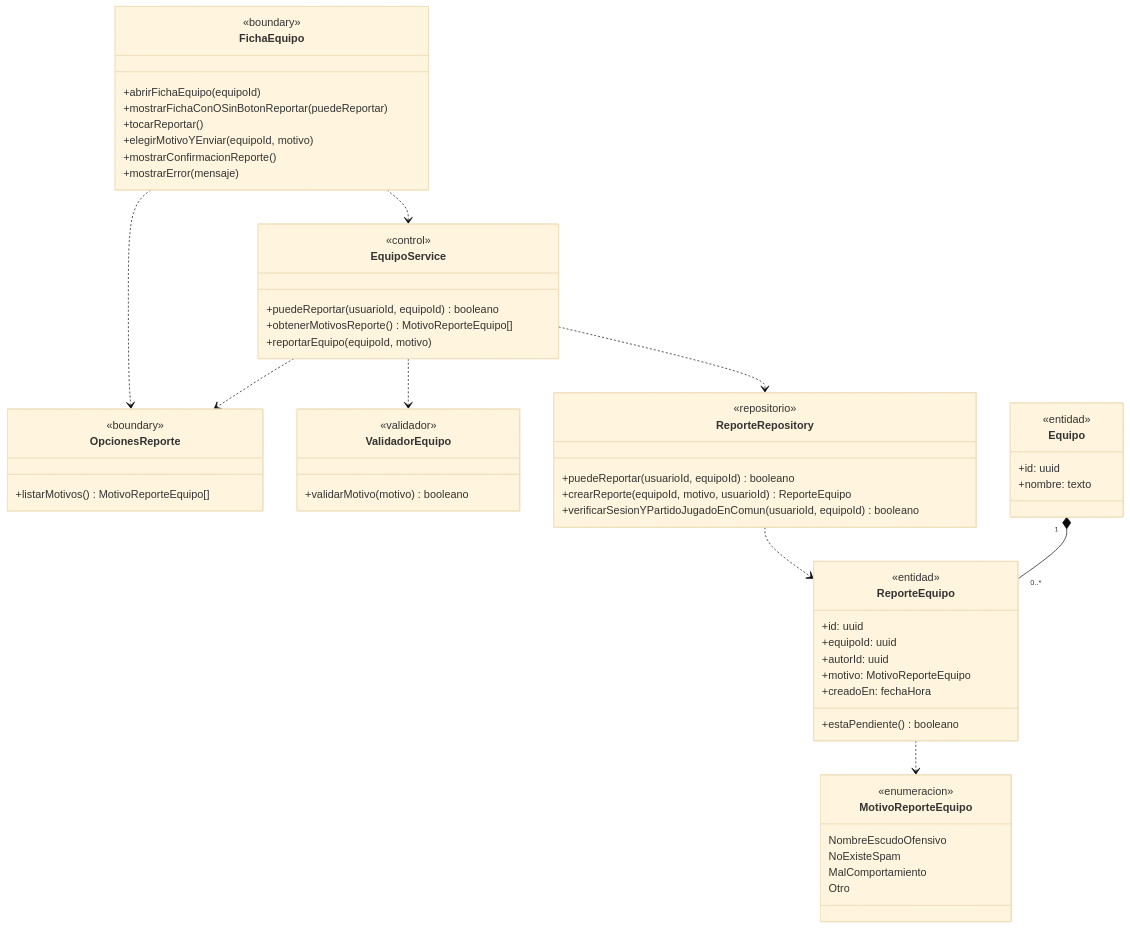
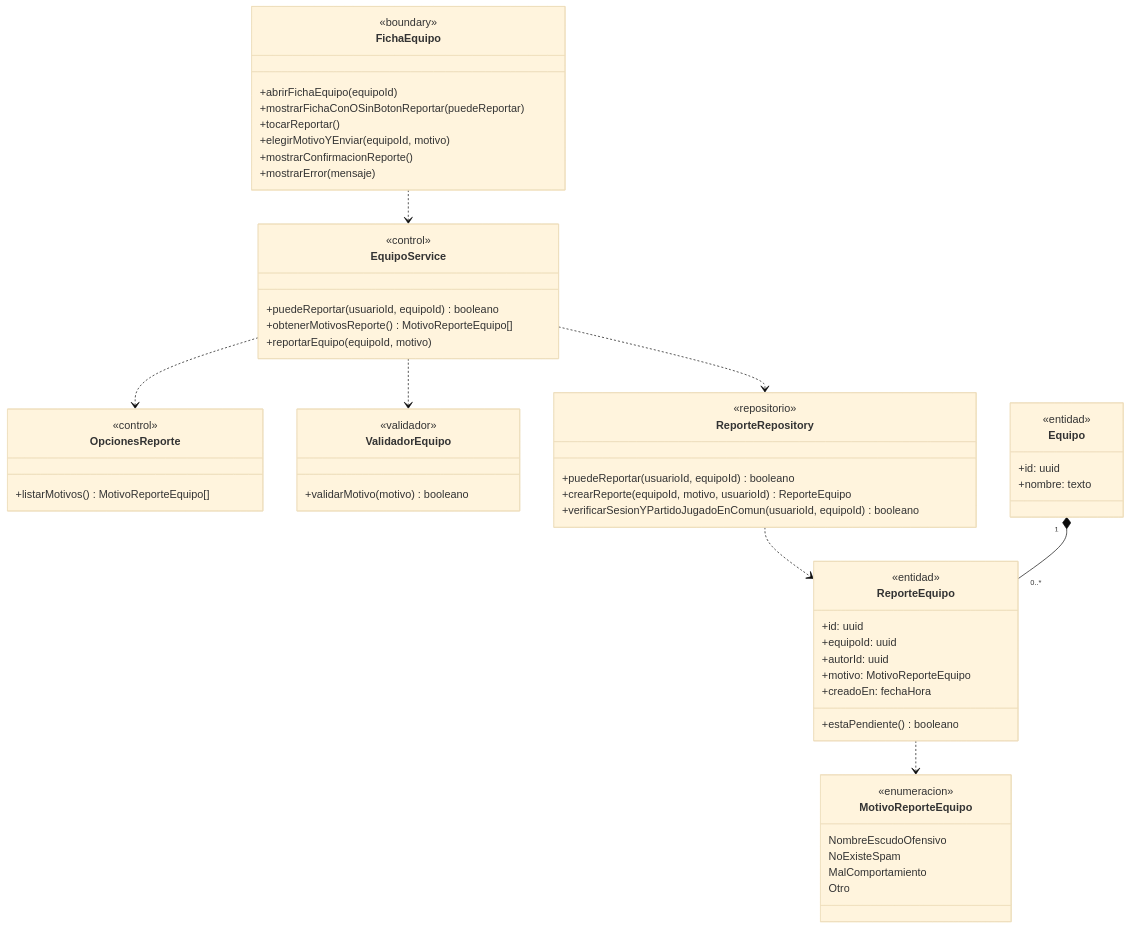
Before and after one commit to nicqletal/torneos-scraper: diagram 11 of 11 in docs/diagramas-de-clase/equipos.md, drawn with Mermaid (base theme). The commit also changed other lines of this file and 12 other files, not shown here.

First line of the commit message:
docs(diagramas-de-clase): alinear métodos con secuencias, unificar capas y limpiar etiquetas en flechas

````diff
--- a/docs/diagramas-de-clase/equipos.md
+++ b/docs/diagramas-de-clase/equipos.md
@@ -752,61 +750,60 @@
 ```mermaid
 classDiagram
 class FichaEquipo {
   <<boundary>>
   +abrirFichaEquipo(equipoId)
   +mostrarFichaConOSinBotonReportar(puedeReportar)
   +tocarReportar()
   +elegirMotivoYEnviar(equipoId, motivo)
   +mostrarConfirmacionReporte()
   +mostrarError(mensaje)
 }
 class OpcionesReporte {
-  <<boundary>>
+  <<control>>
   +listarMotivos() MotivoReporteEquipo[]
 }
 class EquipoService {
   <<control>>
   +puedeReportar(usuarioId, equipoId) booleano
   +obtenerMotivosReporte() MotivoReporteEquipo[]
   +reportarEquipo(equipoId, motivo)
 }
 class ValidadorEquipo {
   <<validador>>
   +validarMotivo(motivo) booleano
 }
 class ReporteRepository {
   <<repositorio>>
   +puedeReportar(usuarioId, equipoId) booleano
   +crearReporte(equipoId, motivo, usuarioId) ReporteEquipo
   +verificarSesionYPartidoJugadoEnComun(usuarioId, equipoId) booleano
 }
 class ReporteEquipo {
   <<entidad>>
   +id: uuid
   +equipoId: uuid
   +autorId: uuid
   +motivo: MotivoReporteEquipo
   +creadoEn: fechaHora
   +estaPendiente() booleano
 }
 class Equipo {
   <<entidad>>
   +id: uuid
   +nombre: texto
 }
 class MotivoReporteEquipo {
   <<enumeracion>>
   NombreEscudoOfensivo
   NoExisteSpam
   MalComportamiento
   Otro
 }
-FichaEquipo ..> OpcionesReporte
 FichaEquipo ..> EquipoService
 EquipoService ..> OpcionesReporte
 EquipoService ..> ValidadorEquipo
 EquipoService ..> ReporteRepository
 ReporteRepository ..> ReporteEquipo
 Equipo "1" *-- "0..*" ReporteEquipo
 ReporteEquipo ..> MotivoReporteEquipo
 ```
````
